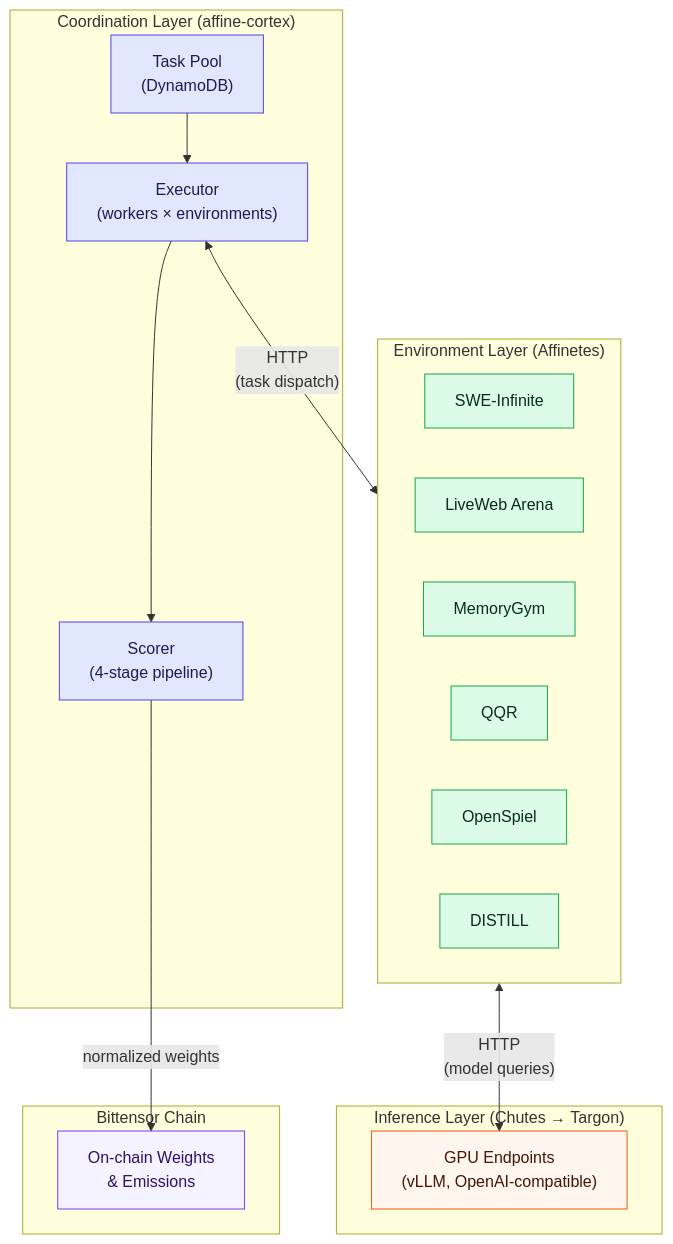
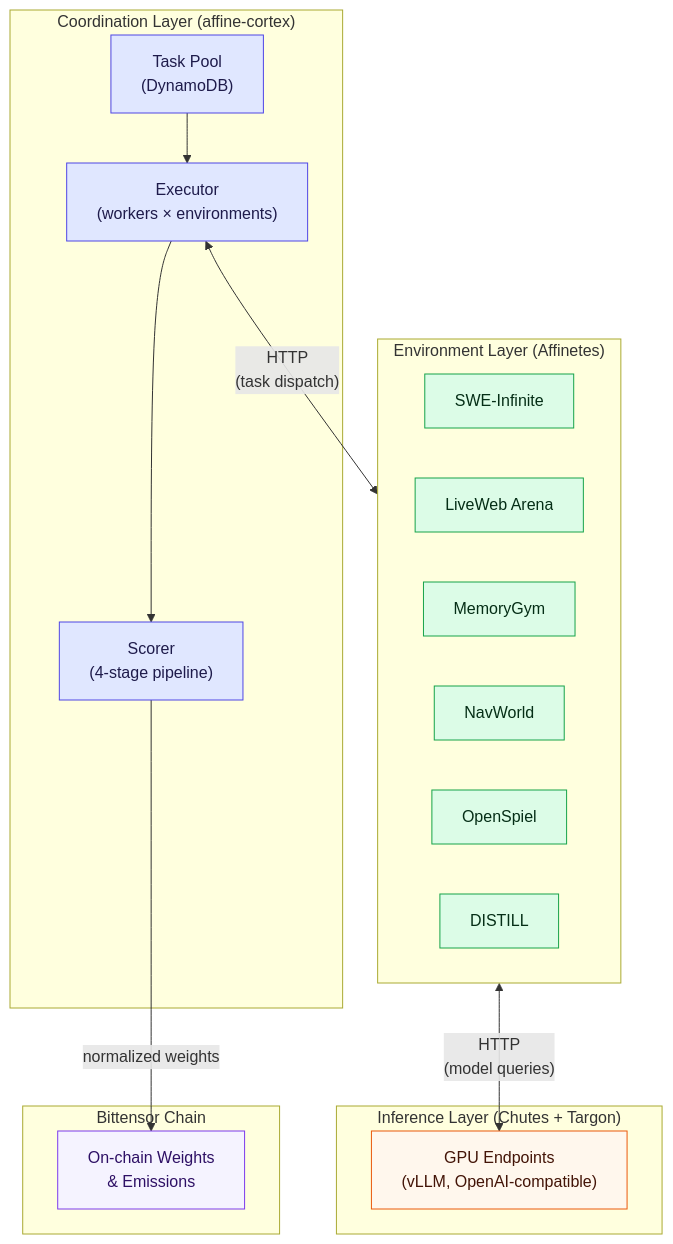
One commit to AffineFoundation/affine-whitepaper-docs changed the diagram in whitepaper/04-architecture/4.1-architectural-overview.md. Above: the diagram before and after it, drawn with Mermaid. The commit also changed 8 other files, not shown here.

````diff
--- a/whitepaper/04-architecture/4.1-architectural-overview.md
+++ b/whitepaper/04-architecture/4.1-architectural-overview.md
@@ -14,41 +14,41 @@
 ```mermaid
 flowchart TB
     subgraph Coordination["Coordination Layer (affine-cortex)"]
         TP["Task Pool\n(DynamoDB)"]
         EX["Executor\n(workers × environments)"]
         SC["Scorer\n(4-stage pipeline)"]
         TP --> EX
         EX --> SC
     end
 
     subgraph Environment["Environment Layer (Affinetes)"]
         SWE["SWE-Infinite"]
         LW["LiveWeb Arena"]
         MG["MemoryGym"]
-        QQR["QQR"]
+        NW["NavWorld"]
         OS["OpenSpiel"]
         DIS["DISTILL"]
     end
 
-    subgraph Inference["Inference Layer (Chutes → Targon)"]
+    subgraph Inference["Inference Layer (Chutes + Targon)"]
         GPU["GPU Endpoints\n(vLLM, OpenAI-compatible)"]
     end
 
     subgraph Chain["Bittensor Chain"]
         W["On-chain Weights\n& Emissions"]
     end
 
     EX <-->|"HTTP\n(task dispatch)"| Environment
     Environment <-->|"HTTP\n(model queries)"| GPU
     SC -->|"normalized weights"| W
 
     classDef coord fill:#e0e7ff,stroke:#4f46e5,color:#1e1b4b
     classDef env fill:#dcfce7,stroke:#16a34a,color:#052e16
     classDef infra fill:#fff7ed,stroke:#ea580c,color:#431407
     classDef chain fill:#f5f3ff,stroke:#7c3aed,color:#2e1065
 
     class TP,EX,SC coord
-    class SWE,LW,MG,QQR,OS,DIS env
+    class SWE,LW,MG,NW,OS,DIS env
     class GPU infra
     class W chain
 ```
````
